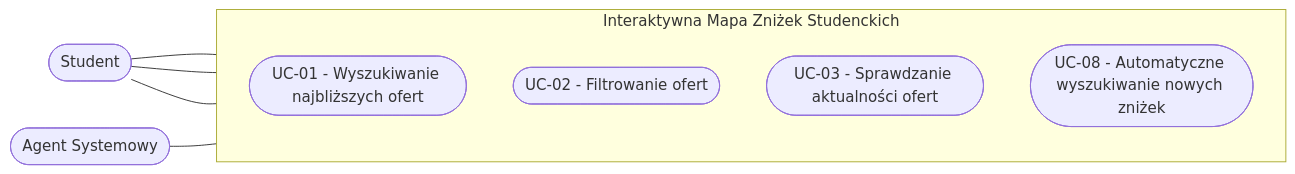
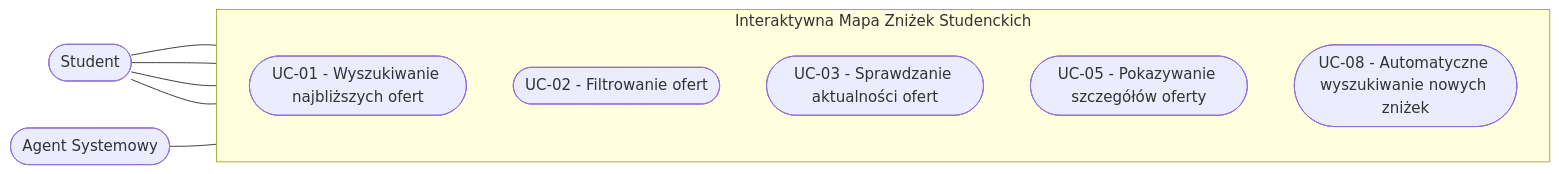
The diagram in use-cases/readme.md (loczek356/Greedy_Student), drawn with Mermaid before and after one commit. The commit also changed 1 other file, not shown here.

Commit message:
added UC-05

````diff
--- a/use-cases/readme.md
+++ b/use-cases/readme.md
@@ -1,20 +1,21 @@
 ```mermaid
 flowchart LR
     Student([Student])
     Agent([Agent Systemowy])
 
     subgraph System ["Interaktywna Mapa Zniżek Studenckich"]
         direction TB
 
         UC1([UC-01 - Wyszukiwanie najbliższych ofert])
         UC2([UC-02 - Filtrowanie ofert])
         UC3([UC-03 - Sprawdzanie aktualności ofert])
+        UC5([UC-05 - Pokazywanie szczegółów oferty])
         UC8([UC-08 - Automatyczne wyszukiwanie nowych zniżek])
     end
 
     Student --- UC1
     Student --- UC2
     Student --- UC3
-
+    Student --- UC5
     Agent --- UC8
 ```
````
